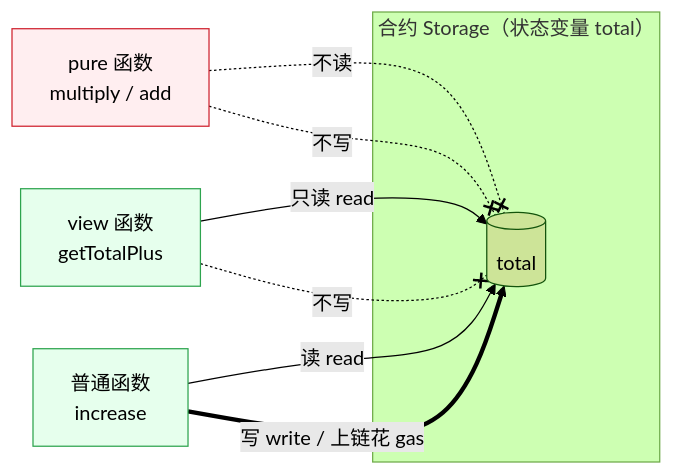
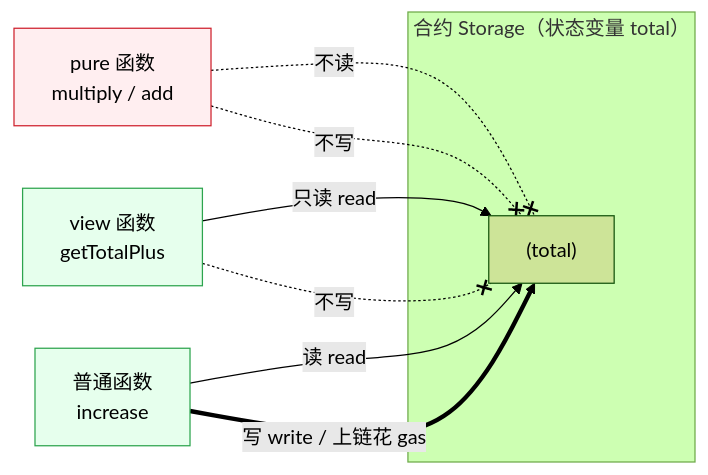
The diagram in 03-solidity/04-functions/README.md (boyley/web3-learning), drawn with Mermaid (forest theme) before and after one commit. The commit also changed 71 other files, not shown here.

First line of the commit message:
fix: 全库修复 Mermaid 词法错误

````diff
--- a/03-solidity/04-functions/README.md
+++ b/03-solidity/04-functions/README.md
@@ -40,20 +40,20 @@
 ```mermaid
 flowchart LR
     subgraph S["合约 Storage（状态变量 total）"]
-        ST[(total)]
+        ST["(total)"]
     end
 
     P["pure 函数<br/>multiply / add"] -. 不读 .-x ST
     P -. 不写 .-x ST
 
     V["view 函数<br/>getTotalPlus"] -->|只读 read| ST
     V -. 不写 .-x ST
 
     N["普通函数<br/>increase"] -->|读 read| ST
     N ==>|写 write / 上链花 gas| ST
 
     classDef ok fill:#e6ffed,stroke:#2da44e;
     classDef no fill:#ffeef0,stroke:#cf222e;
     class V,N ok;
     class P no;
 ```
````
